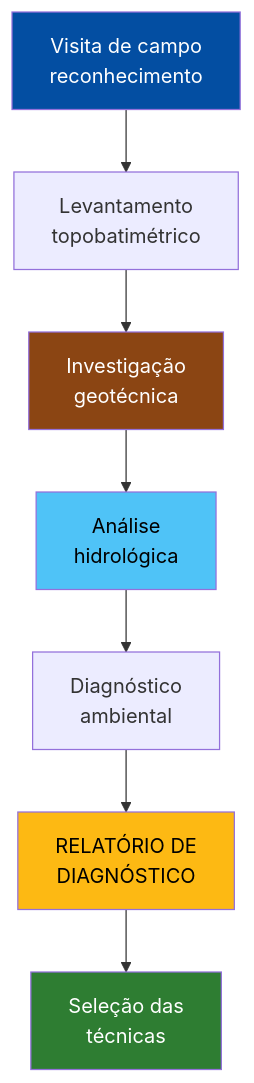
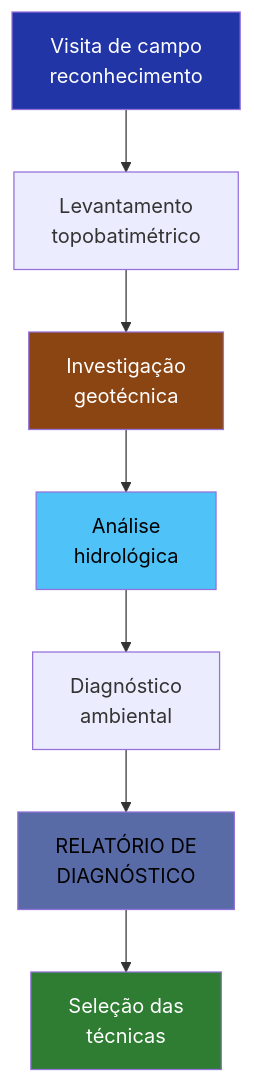
Before and after one commit to ldvsantos/cv: the second of 7 diagrams in aulas/bioengenharia_de_solos/aulas/projeto_integrador/projeto_integrador.qmd, drawn with Mermaid. The commit also changed other lines of this file and 466 other files, not shown here.

````diff
--- a/aulas/bioengenharia_de_solos/aulas/projeto_integrador/projeto_integrador.qmd
+++ b/aulas/bioengenharia_de_solos/aulas/projeto_integrador/projeto_integrador.qmd
@@ -183,15 +181,15 @@
 ```{mermaid}
 %%| fig-width: 4.5
 graph TD
     A["Visita de campo<br>reconhecimento"] --> B["Levantamento<br>topobatimétrico"]
     B --> C["Investigação<br>geotécnica"]
     C --> D["Análise<br>hidrológica"]
     D --> E["Diagnóstico<br>ambiental"]
     E --> F["RELATÓRIO DE<br>DIAGNÓSTICO"]
     F --> G["Seleção das<br>técnicas"]
-    style A fill:#034EA2,color:#fff
+    style A fill:#2135A6,color:#fff
     style C fill:#8B4513,color:#fff
     style D fill:#4FC3F7,color:#000
-    style F fill:#FDB913,color:#000
+    style F fill:#586BA6,color:#000
     style G fill:#2E7D32,color:#fff
 ```
````
